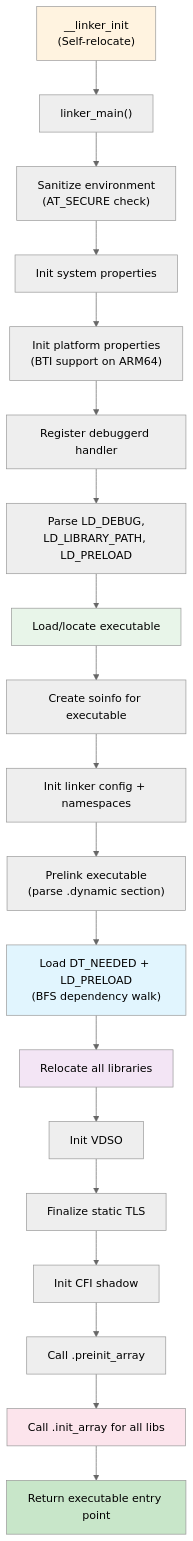
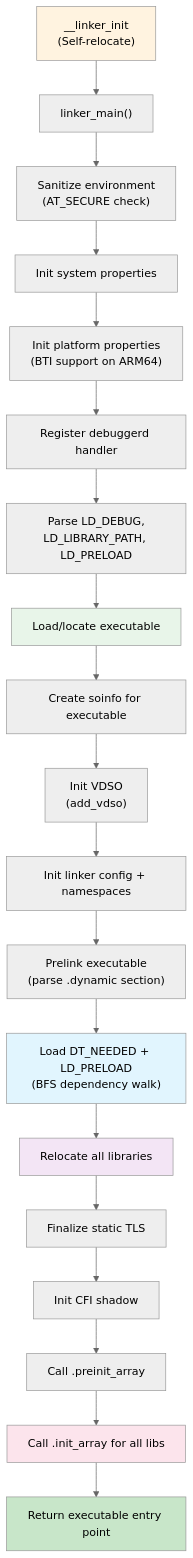
One commit to aospbooks/aosp-internal-book changed the sixth of 18 diagrams in agents/claude/skills/aosp-native-foundation/07-bionic-and-linker.md. Above: the diagram before and after it, drawn with Mermaid (neutral theme). The commit also changed other lines of this file and 137 other files, not shown here.

````diff
--- a/agents/claude/skills/aosp-native-foundation/07-bionic-and-linker.md
+++ b/agents/claude/skills/aosp-native-foundation/07-bionic-and-linker.md
@@ -1140,28 +1140,28 @@
 ```mermaid
 graph TD
     A["__linker_init<br/>(Self-relocate)"] --> B["linker_main()"]
     B --> C["Sanitize environment<br/>(AT_SECURE check)"]
     C --> D["Init system properties"]
     D --> E["Init platform properties<br/>(BTI support on ARM64)"]
     E --> F["Register debuggerd handler"]
     F --> G["Parse LD_DEBUG,<br/>LD_LIBRARY_PATH, LD_PRELOAD"]
     G --> H["Load/locate executable"]
     H --> I["Create soinfo for executable"]
-    I --> J["Init linker config + namespaces"]
+    I --> N["Init VDSO<br/>(add_vdso)"]
+    N --> J["Init linker config + namespaces"]
     J --> K["Prelink executable<br/>(parse .dynamic section)"]
     K --> L["Load DT_NEEDED + LD_PRELOAD<br/>(BFS dependency walk)"]
     L --> M["Relocate all libraries"]
-    M --> N["Init VDSO"]
-    N --> O["Finalize static TLS"]
+    M --> O["Finalize static TLS"]
     O --> P["Init CFI shadow"]
     P --> Q["Call .preinit_array"]
     Q --> R["Call .init_array for all libs"]
     R --> S["Return executable entry point"]
 
     style A fill:#fff3e0
     style H fill:#e8f5e9
     style L fill:#e1f5fe
     style M fill:#f3e5f5
     style R fill:#fce4ec
     style S fill:#c8e6c9
 ```
````
